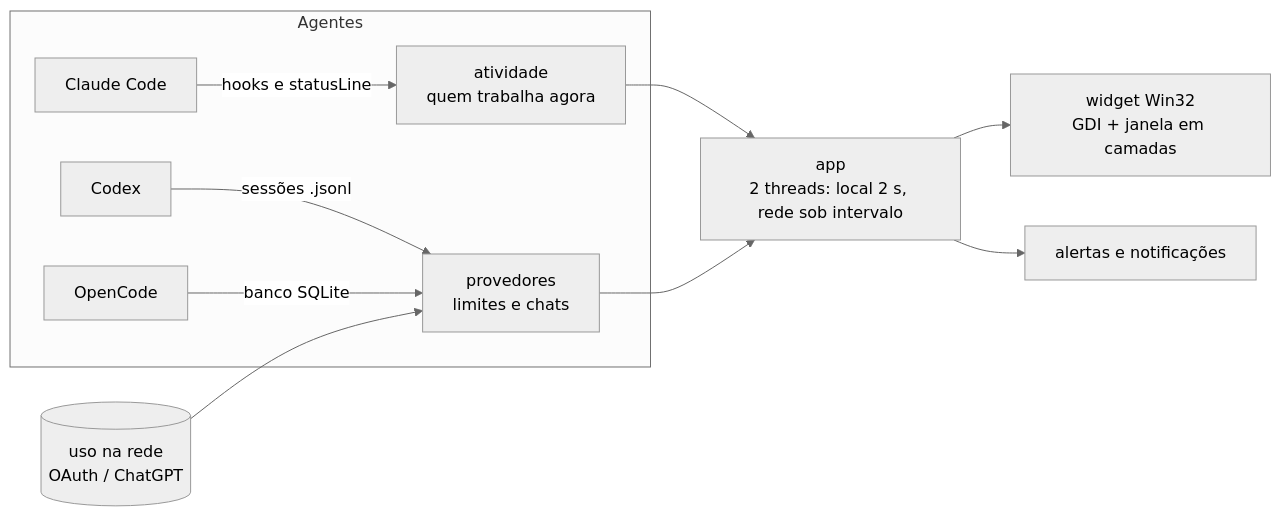
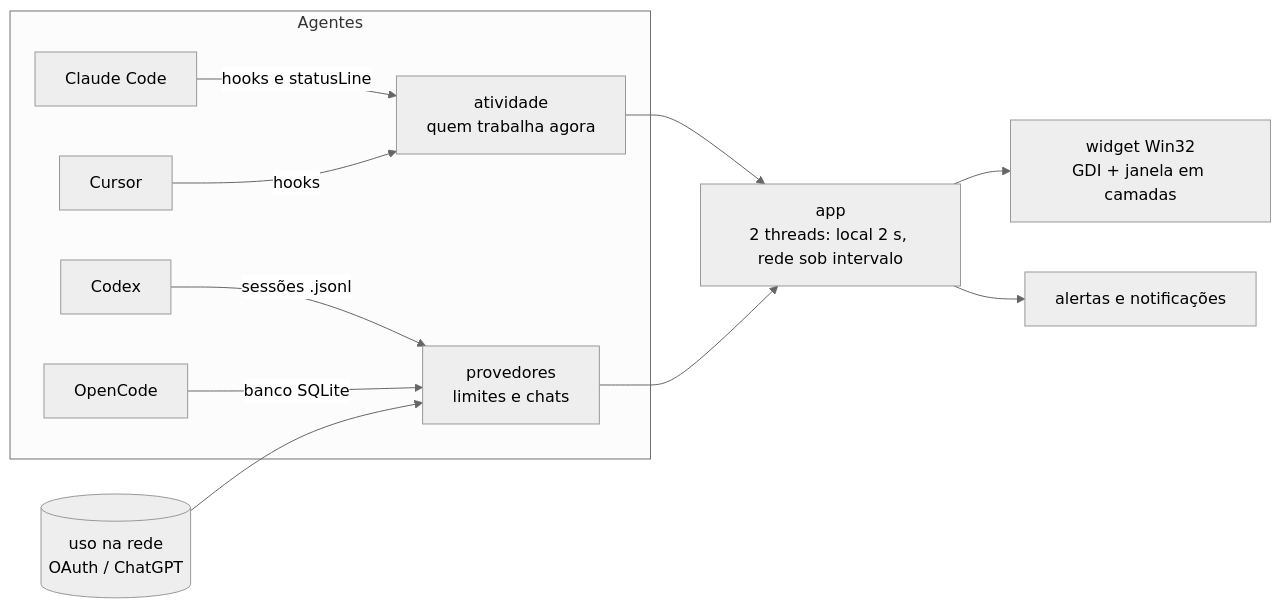
One commit to Buloque/Line-Quota changed the diagram in README.md. Above: the diagram before and after it, drawn with Mermaid (neutral theme). The commit also changed other lines of this file and 16 other files, not shown here.

First line of the commit message:
Cursor: atividade pelos hooks e limite mensal pelo cookie de sessão

````diff
--- a/README.md
+++ b/README.md
@@ -83,13 +84,14 @@
 ```mermaid
 flowchart LR
     subgraph Agentes
         CC[Claude Code] -- hooks e statusLine --> ACT
         CX[Codex] -- sessões .jsonl --> PRV
         OC[OpenCode] -- banco SQLite --> PRV
+        CU[Cursor] -- hooks --> ACT
     end
     ACT[atividade<br/>quem trabalha agora] --> APP
     PRV[provedores<br/>limites e chats] --> APP
     NET[(uso na rede<br/>OAuth / ChatGPT)] --> PRV
     APP[app<br/>2 threads: local 2 s, rede sob intervalo] --> UI[widget Win32<br/>GDI + janela em camadas]
     APP --> N[alertas e notificações]
 ```
````
